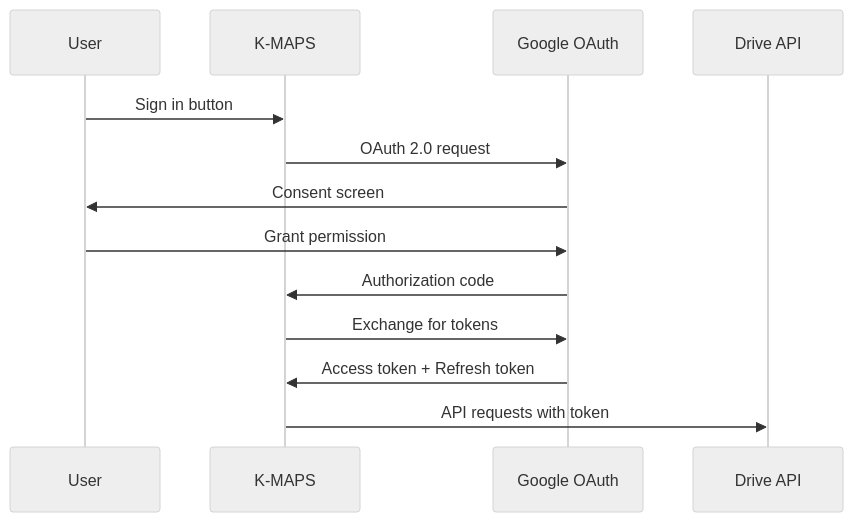
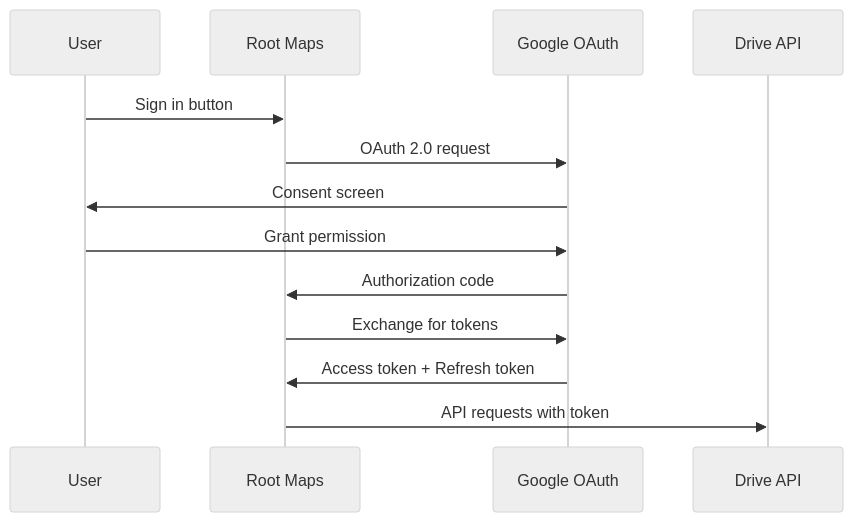
The second of 8 diagrams in docs/features/google-drive.md (Torch-Katsuragi/k-rootmap), drawn with Mermaid (neutral theme) before and after one commit. The commit also changed other lines of this file and 177 other files, not shown here.

Commit message:
feat: アプリ名を K-RootMap にリブランディング (パッケージ名 root_maps, クラス名・UI・全プラットフォーム対応)

````diff
--- a/docs/features/google-drive.md
+++ b/docs/features/google-drive.md
@@ -103,16 +103,16 @@
 ```mermaid
 sequenceDiagram
     participant User
-    participant App as K-MAPS
+    participant App as Root Maps
     participant Google as Google OAuth
     participant Drive as Drive API
     
     User->>App: Sign in button
     App->>Google: OAuth 2.0 request
     Google->>User: Consent screen
     User->>Google: Grant permission
     Google->>App: Authorization code
     App->>Google: Exchange for tokens
     Google->>App: Access token + Refresh token
     App->>Drive: API requests with token
 ```
````
